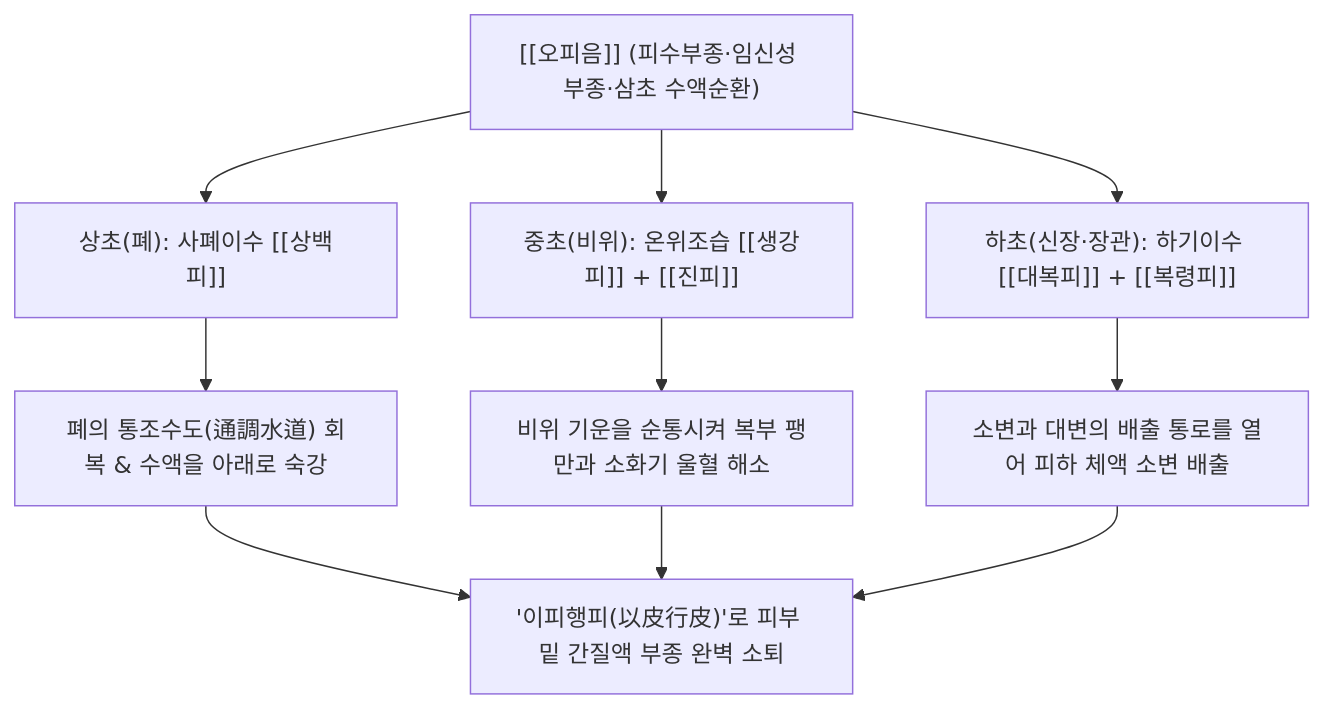
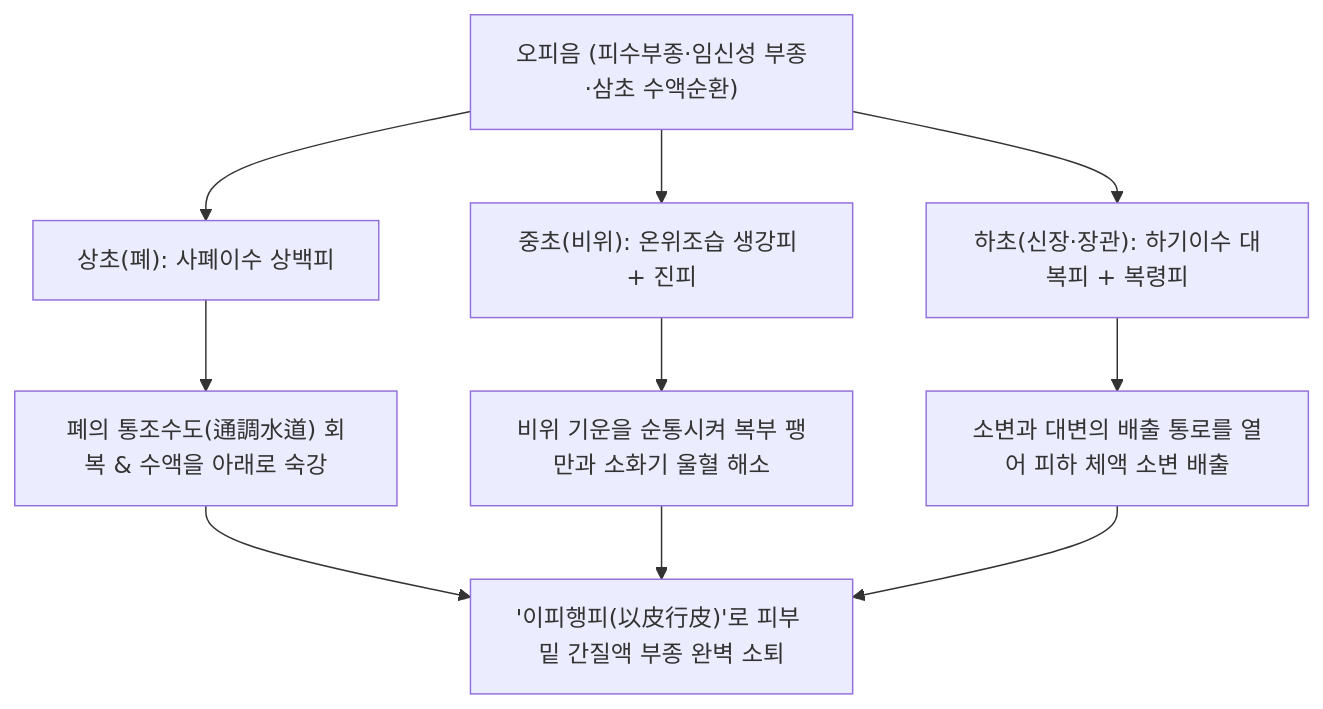
One commit to simbio11/simbio-digital-garden2 changed the diagram in content/2. 약리 공부/처방/03_화담·거습·이수제/오피음.md. Above: the diagram before and after it, drawn with Mermaid. The commit also changed other lines of this file and 323 other files, not shown here.

````diff
--- a/content/2. 약리 공부/처방/03_화담·거습·이수제/오피음.md
+++ b/content/2. 약리 공부/처방/03_화담·거습·이수제/오피음.md
@@ -43,12 +43,12 @@
 ```mermaid
 graph TD
-    A["[[오피음]] (피수부종·임신성 부종·삼초 수액순환)"] --> B["상초(폐): 사폐이수 [[상백피]]"]
-    A --> C["중초(비위): 온위조습 [[생강피]] + [[진피]]"]
-    A --> D["하초(신장·장관): 하기이수 [[대복피]] + [[복령피]]"]
+    A["오피음 (피수부종·임신성 부종·삼초 수액순환)"] --> B["상초(폐): 사폐이수 상백피"]
+    A --> C["중초(비위): 온위조습 생강피 + 진피"]
+    A --> D["하초(신장·장관): 하기이수 대복피 + 복령피"]
 
     B --> E["폐의 통조수도(通調水道) 회복 & 수액을 아래로 숙강"]
     C --> F["비위 기운을 순통시켜 복부 팽만과 소화기 울혈 해소"]
     D --> G["소변과 대변의 배출 통로를 열어 피하 체액 소변 배출"]
 
     E & F & G --> H["'이피행피(以皮行皮)'로 피부 밑 간질액 부종 완벽 소퇴"]
 ```
````
